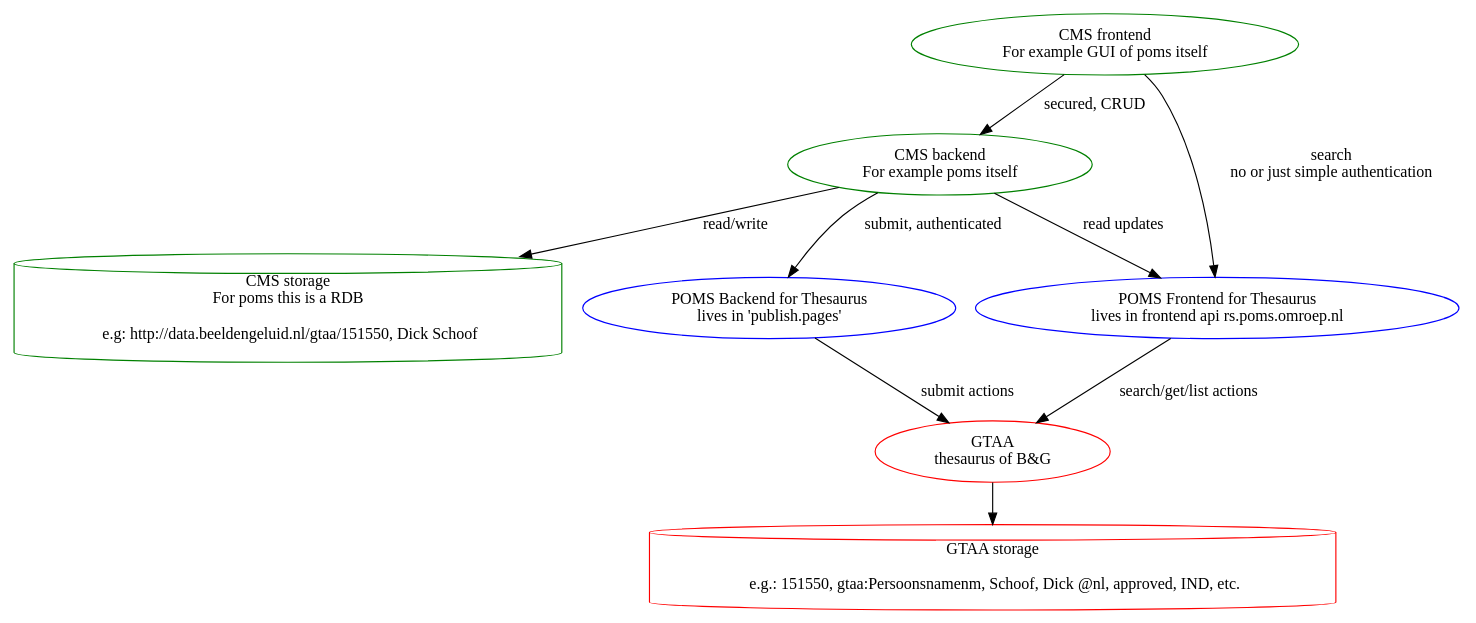
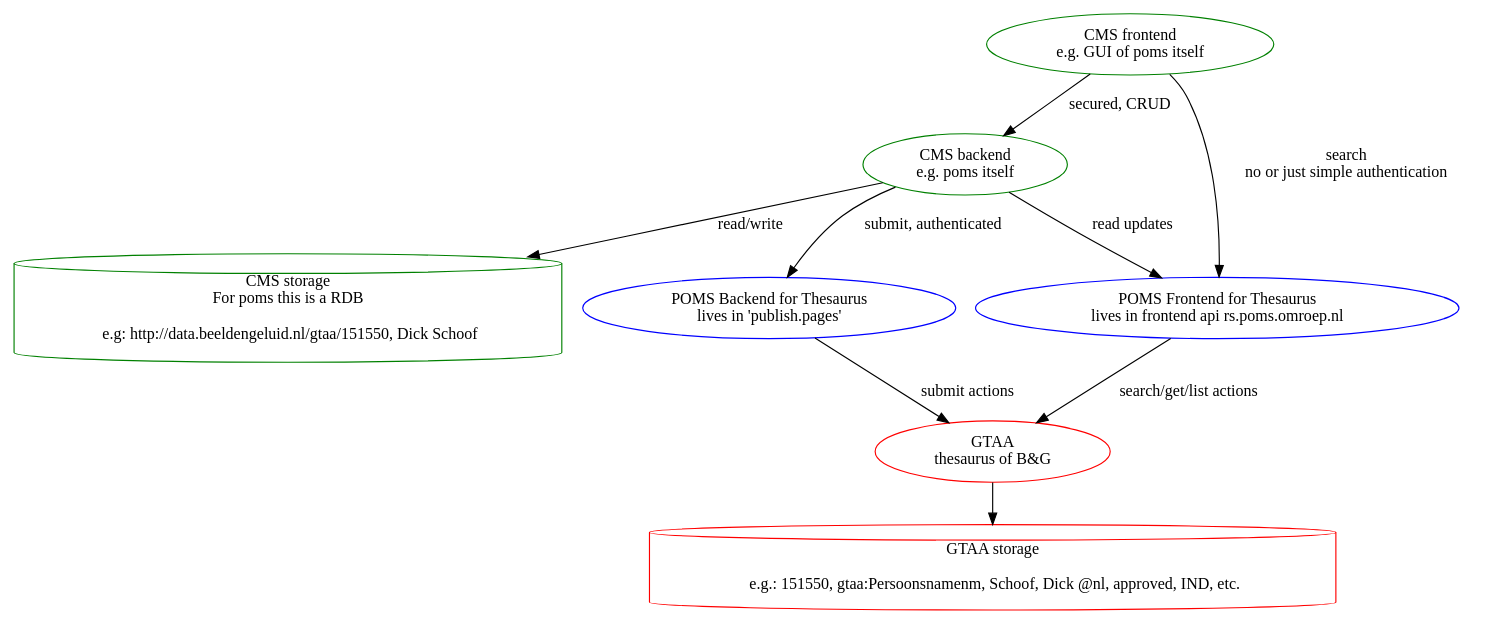
One commit to npo-poms/poms-shared changed the diagram in gtaa-openskos/gtaa.dot. Above: the diagram before and after it, drawn with Graphviz. The commit also changed 1 other file, not shown here.

```diff
--- a/gtaa-openskos/gtaa.dot
+++ b/gtaa-openskos/gtaa.dot
@@ -1,55 +1,55 @@
 
 strict digraph {
 
   CMS_FRONTEND [
-		label="CMS frontend\nFor example GUI of poms itself",
+		label="CMS frontend\ne.g. GUI of poms itself",
 		color="green"
 	]
 	CMS_BACKEND  [
-	  label="CMS backend\nFor example poms itself"
+	  label="CMS backend\ne.g. poms itself"
 	  color="green"
 	]
   CMS_REPOS [
 	  label="CMS storage\nFor poms this is a RDB\n
 	  e.g: http://data.beeldengeluid.nl/gtaa/151550, Dick Schoof"
 	  color="green"
 		shape=cylinder
 	]
 
    GTAA  [
 	    label="GTAA\nthesaurus of B&G"
 			href="https://gtaa.apis.beeldengeluid.nl/"
 	    color="red"
 	 ]
 	 GTAA_REPOS [
 	  label="GTAA storage\n
 	  e.g.: 151550, gtaa:Persoonsnamenm, Schoof, Dick @nl, approved, IND, etc."
 	  color="red"
 		shape=cylinder
 	]
    POMS_BACKEND  [
 	    label="POMS Backend for Thesaurus\nlives in 'publish.pages'"
 			href="https://publish.pages.omroep.nl/docs/api/#/thesaurus"
 	    color="blue"
   ]
    POMS_FRONTEND  [
 	    label="POMS Frontend for Thesaurus\nlives in frontend api rs.poms.omroep.nl"
 	    href="https://rs-test.poms.omroep.nl/v1/docs/api/#/thesaurus"
 	    color="blue"
 	 ]
 
 	 CMS_FRONTEND -> CMS_BACKEND [label="secured, CRUD"]
 	 CMS_FRONTEND -> POMS_FRONTEND [label="search\nno or just simple authentication"]
 
 	 CMS_BACKEND -> POMS_BACKEND [label="submit, authenticated"]
 	 CMS_BACKEND -> POMS_FRONTEND [label="read updates"]
 	 CMS_BACKEND -> CMS_REPOS [label="read/write"]
 
    POMS_BACKEND -> GTAA [label="submit actions"]
    POMS_FRONTEND -> GTAA [label="search/get/list actions"]
 
    GTAA -> GTAA_REPOS
 
 
 
 }
```
